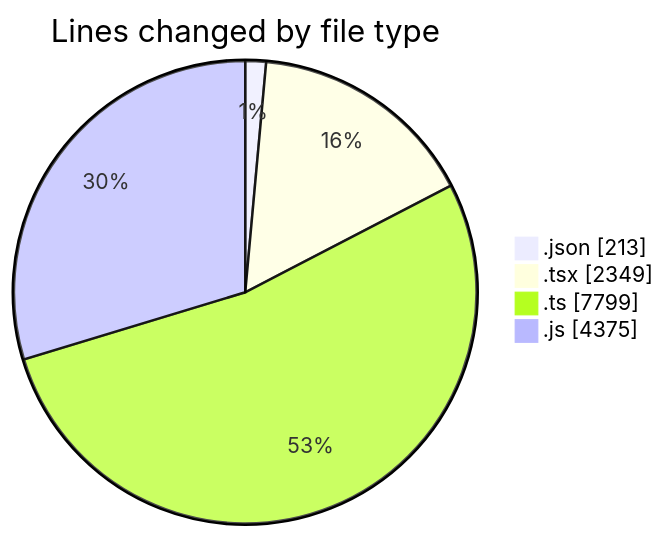
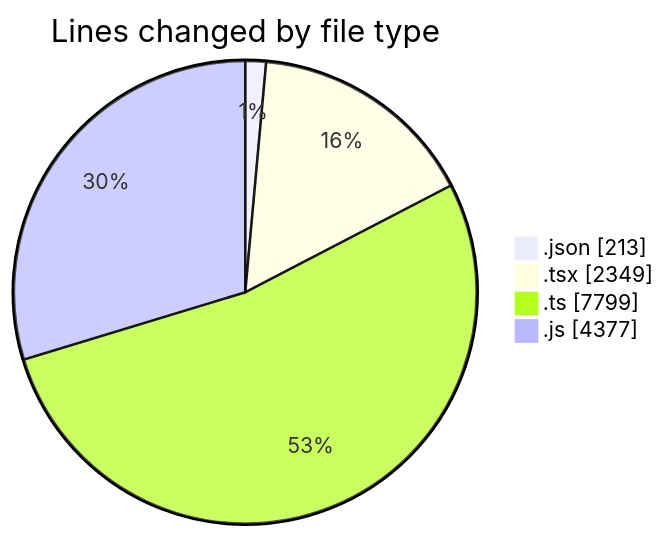
Before and after one commit to momahboobian/code-tracking: the first of 2 diagrams in 2025-07-28/cda/README.md, drawn with Mermaid. The commit also changed other lines of this file and 1 other file, not shown here.

````diff
--- a/2025-07-28/cda/README.md
+++ b/2025-07-28/cda/README.md
@@ -32,8 +32,8 @@
 ```mermaid
 pie showData
 title Lines changed by file type
 ".json" : 213
 ".tsx" : 2349
 ".ts" : 7799
-".js" : 4375
+".js" : 4377
 ```
````
